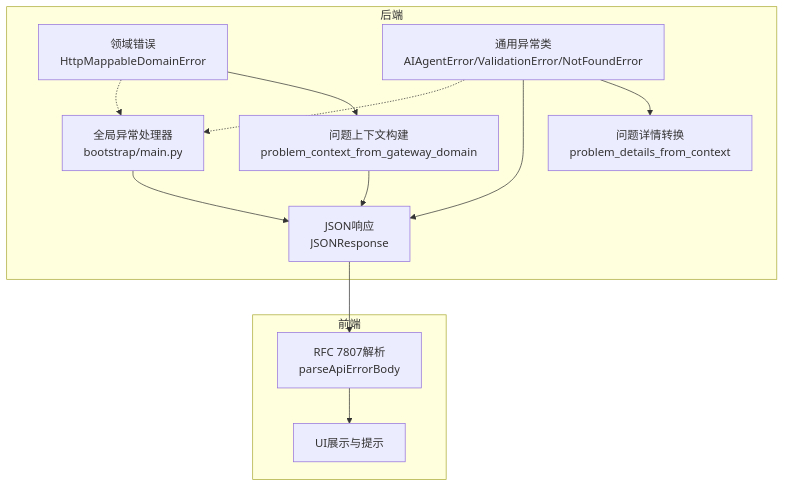
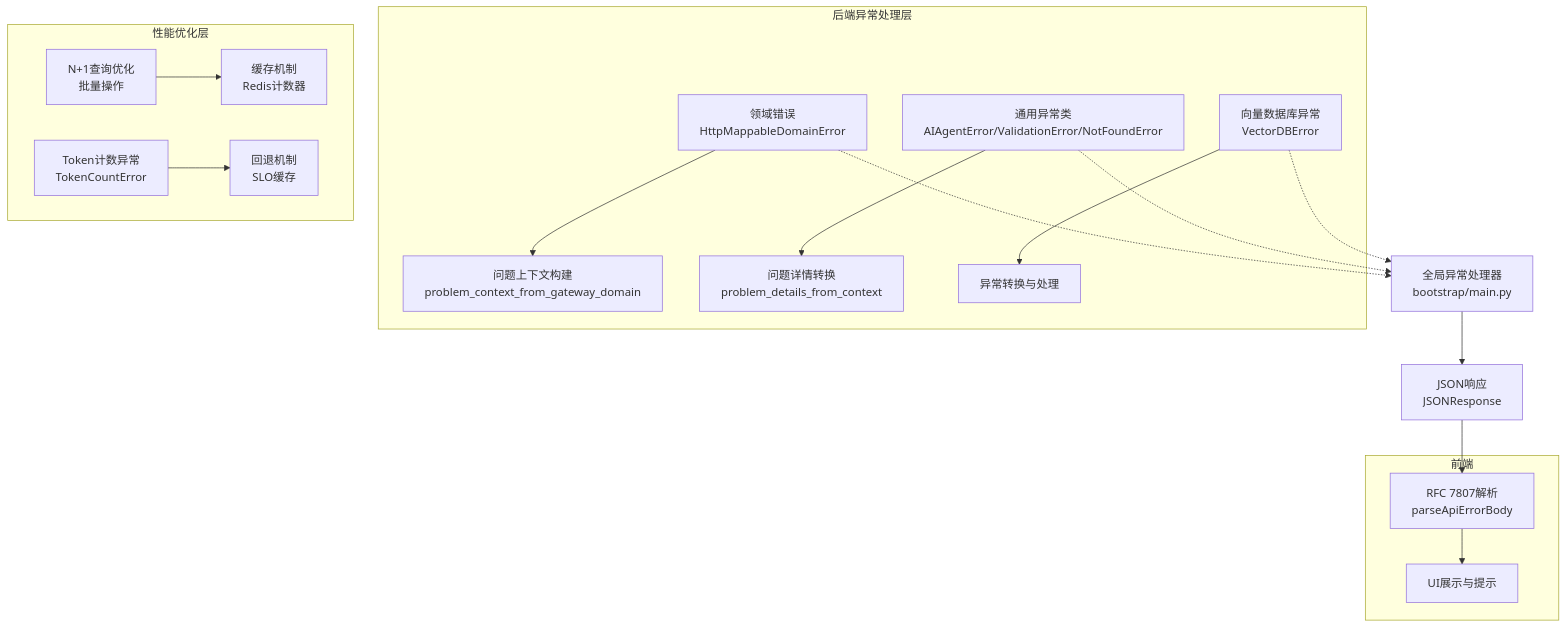
The first of 8 diagrams in .qoder/repowiki/zh/content/后端服务架构/基础设施层/异常处理机制.md (tianyehedashu/ai-agent), drawn with Mermaid before and after one commit. The commit also changed other lines of this file and 46 other files, not shown here.

````diff
--- a/.qoder/repowiki/zh/content/后端服务架构/基础设施层/异常处理机制.md
+++ b/.qoder/repowiki/zh/content/后端服务架构/基础设施层/异常处理机制.md
@@ -41,16 +56,20 @@
 ```mermaid
 graph TB
-subgraph "后端"
+subgraph "后端异常处理层"
 A["领域错误<br/>HttpMappableDomainError"] --> B["问题上下文构建<br/>problem_context_from_gateway_domain"]
 C["通用异常类<br/>AIAgentError/ValidationError/NotFoundError"] --> D["问题详情转换<br/>problem_details_from_context"]
-B --> E["JSON响应<br/>JSONResponse"]
-C --> E
-F["全局异常处理器<br/>bootstrap/main.py"] --> E
+E["向量数据库异常<br/>VectorDBError"] --> F["异常转换与处理"]
+end
+subgraph "性能优化层"
+G["N+1查询优化<br/>批量操作"] --> H["缓存机制<br/>Redis计数器"]
+I["Token计数异常<br/>TokenCountError"] --> J["回退机制<br/>SLO缓存"]
 end
 subgraph "前端"
-G["RFC 7807解析<br/>parseApiErrorBody"] --> H["UI展示与提示"]
+K["RFC 7807解析<br/>parseApiErrorBody"] --> L["UI展示与提示"]
 end
-A -.-> F
-C -.-> F
-E --> G
+A -.-> M["全局异常处理器<br/>bootstrap/main.py"]
+C -.-> M
+E -.-> M
+M --> N["JSON响应<br/>JSONResponse"]
+N --> K
 ```
````
